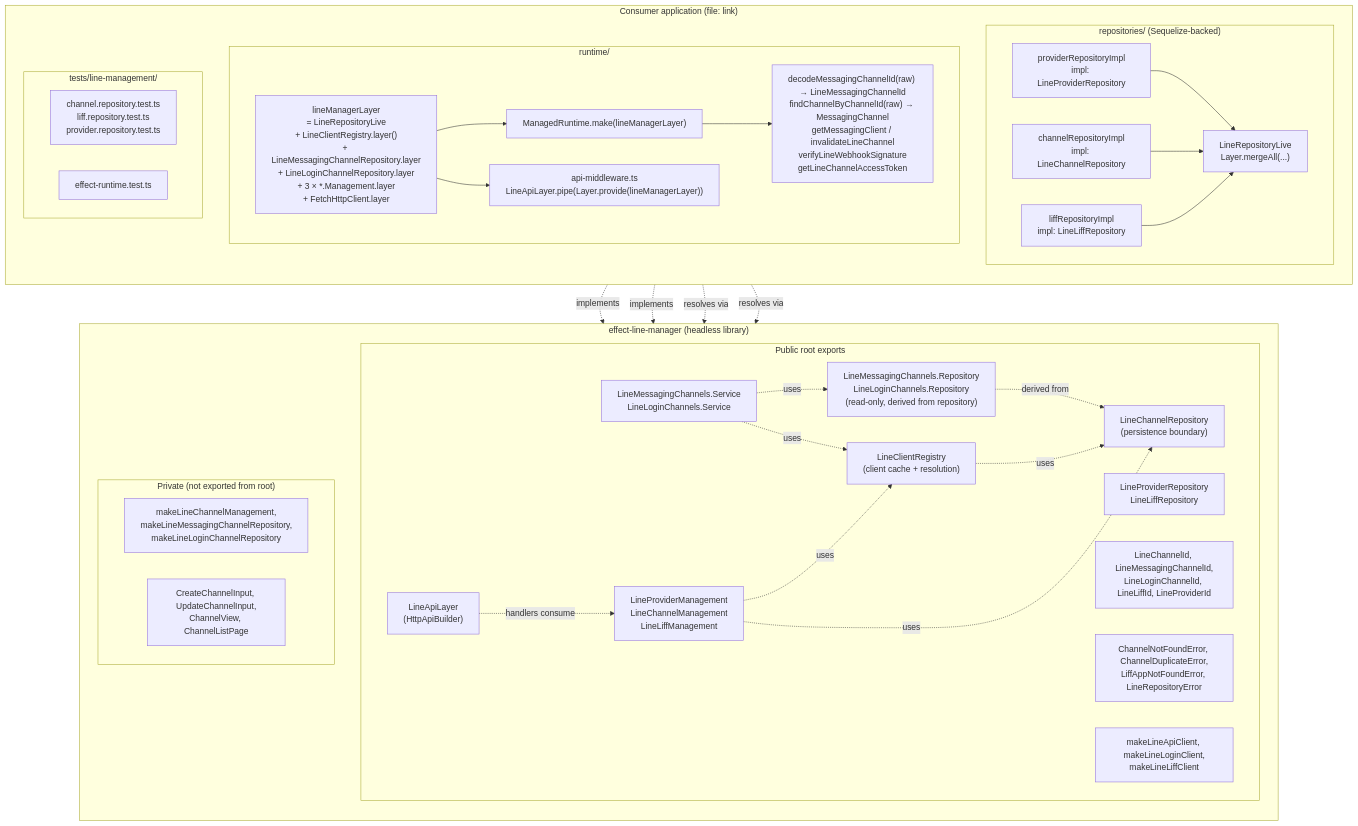
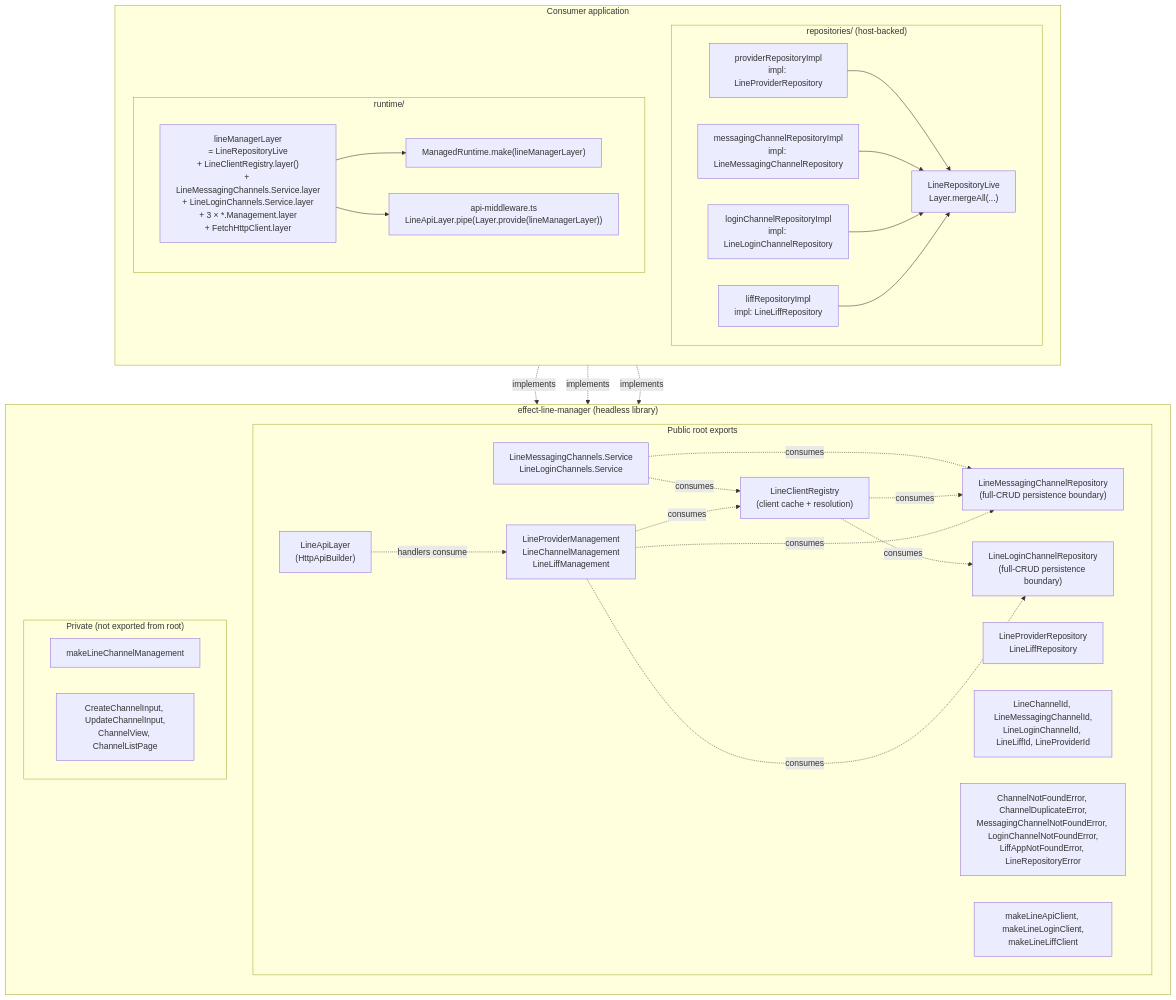
The diagram in docs/INTEGRATION.md (allenthich/effect-line-manager), drawn with Mermaid before and after one commit. The commit also changed other lines of this file and 15 other files, not shown here.

Commit message:
refactor(channels): dedicated separation between login and messaging

````diff
--- a/docs/INTEGRATION.md
+++ b/docs/INTEGRATION.md
@@ -9,70 +9,65 @@
 ```mermaid
 flowchart TD
   subgraph Library["effect-line-manager (headless library)"]
     direction TB
 
     subgraph PublicSurface["Public root exports"]
       direction LR
-      Store["LineChannelRepository<br/>(persistence boundary)"]
+      MessagingRepo["LineMessagingChannelRepository<br/>(full-CRUD persistence boundary)"]
+      LoginRepo["LineLoginChannelRepository<br/>(full-CRUD persistence boundary)"]
       MgmtServices["LineProviderManagement<br/>LineChannelManagement<br/>LineLiffManagement"]
       Registry["LineClientRegistry<br/>(client cache + resolution)"]
-      DomainRepos["LineMessagingChannels.Repository<br/>LineLoginChannels.Repository<br/>(read-only, derived from repository)"]
       DomainServices["LineMessagingChannels.Service<br/>LineLoginChannels.Service"]
       Ports["LineProviderRepository<br/>LineLiffRepository"]
       HttpApi["LineApiLayer<br/>(HttpApiBuilder)"]
       Brands["LineChannelId, LineMessagingChannelId,<br/>LineLoginChannelId, LineLiffId, LineProviderId"]
-      Errors["ChannelNotFoundError, ChannelDuplicateError,<br/>LiffAppNotFoundError, LineRepositoryError"]
+      Errors["ChannelNotFoundError, ChannelDuplicateError,<br/>MessagingChannelNotFoundError, LoginChannelNotFoundError,<br/>LiffAppNotFoundError, LineRepositoryError"]
       HttpClients["makeLineApiClient, makeLineLoginClient,<br/>makeLineLiffClient"]
     end
 
     subgraph PrivateImpls["Private (not exported from root)"]
-      Direction["makeLineChannelManagement,<br/>makeLineMessagingChannelRepository,<br/>makeLineLoginChannelRepository"]
+      Direction["makeLineChannelManagement"]
       MgmtTypes["CreateChannelInput, UpdateChannelInput,<br/>ChannelView, ChannelListPage"]
     end
 
-    %% Derivation edges
-    DomainRepos -. "derived from" .-> Store
-    DomainServices -. "uses" .-> DomainRepos
-    DomainServices -. "uses" .-> Registry
-    Registry -. "uses" .-> Store
-    MgmtServices -. "uses" .-> Store
-    MgmtServices -. "uses" .-> Registry
+    %% Dependency edges
+    DomainServices -. "consumes" .-> MessagingRepo
+    DomainServices -. "consumes" .-> Registry
+    Registry -. "consumes" .-> MessagingRepo
+    Registry -. "consumes" .-> LoginRepo
+    MgmtServices -. "consumes" .-> MessagingRepo
+    MgmtServices -. "consumes" .-> LoginRepo
+    MgmtServices -. "consumes" .-> Registry
     HttpApi -. "handlers consume" .-> MgmtServices
   end
 
-  subgraph Consumer["Consumer application (file: link)"]
+  subgraph Consumer["Consumer application"]
     direction TB
 
-    subgraph Repositories["repositories/ (Sequelize-backed)"]
+    subgraph Repositories["repositories/ (host-backed)"]
       ProviderRepo["providerRepositoryImpl<br/>impl: LineProviderRepository"]
-      ChannelRepo["channelRepositoryImpl<br/>impl: LineChannelRepository"]
+      MessagingRepoImpl["messagingChannelRepositoryImpl<br/>impl: LineMessagingChannelRepository"]
+      LoginRepoImpl["loginChannelRepositoryImpl<br/>impl: LineLoginChannelRepository"]
       LiffRepo["liffRepositoryImpl<br/>impl: LineLiffRepository"]
       LiveLayer["LineRepositoryLive<br/>Layer.mergeAll(...)"]
       ProviderRepo --> LiveLayer
-      ChannelRepo --> LiveLayer
+      MessagingRepoImpl --> LiveLayer
+      LoginRepoImpl --> LiveLayer
       LiffRepo --> LiveLayer
     end
 
     subgraph Runtime["runtime/"]
-      CompositionRoot["lineManagerLayer<br/>= LineRepositoryLive<br/>+ LineClientRegistry.layer()<br/>+ LineMessagingChannelRepository.layer<br/>+ LineLoginChannelRepository.layer<br/>+ 3 × *.Management.layer<br/>+ FetchHttpClient.layer"]
+      CompositionRoot["lineManagerLayer<br/>= LineRepositoryLive<br/>+ LineClientRegistry.layer()<br/>+ LineMessagingChannels.Service.layer<br/>+ LineLoginChannels.Service.layer<br/>+ 3 × *.Management.layer<br/>+ FetchHttpClient.layer"]
       ManagedRuntime["ManagedRuntime.make(lineManagerLayer)"]
-      EdgeFns["decodeMessagingChannelId(raw) → LineMessagingChannelId<br/>findChannelByChannelId(raw) → MessagingChannel<br/>getMessagingClient / invalidateLineChannel<br/>verifyLineWebhookSignature<br/>getLineChannelAccessToken"]
       ApiMiddleware["api-middleware.ts<br/>LineApiLayer.pipe(Layer.provide(lineManagerLayer))"]
 
       CompositionRoot --> ManagedRuntime
-      ManagedRuntime --> EdgeFns
       CompositionRoot --> ApiMiddleware
-    end
-
-    subgraph Tests["tests/line-management/"]
-      TestRepos["channel.repository.test.ts<br/>liff.repository.test.ts<br/>provider.repository.test.ts"]
-      TestRuntime["effect-runtime.test.ts"]
     end
   end
 
   %% Consumer → Library implementation edges
-  Repositories -. "implements" .-> Store
+  Repositories -. "implements" .-> MessagingRepo
+  Repositories -. "implements" .-> LoginRepo
   Repositories -. "implements" .-> Ports
-  Runtime -. "resolves via" .-> DomainRepos
-  Runtime -. "resolves via" .-> Registry
 ```
````
